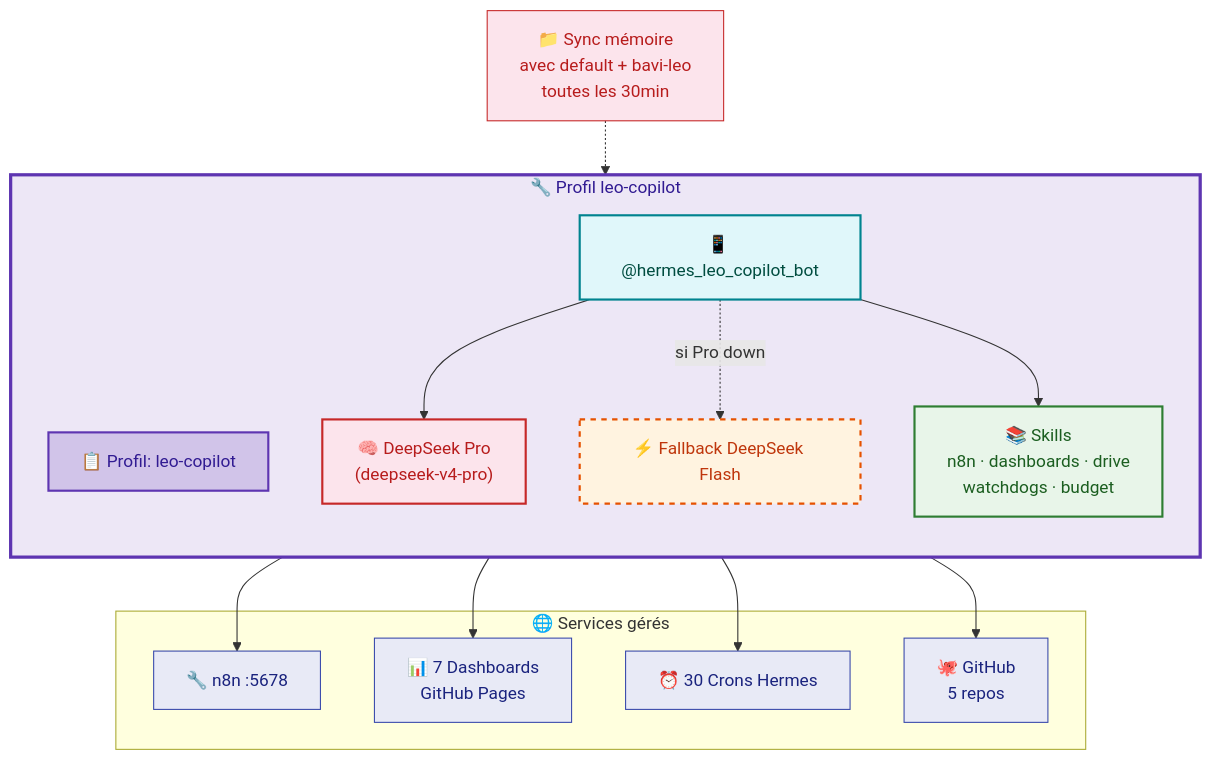
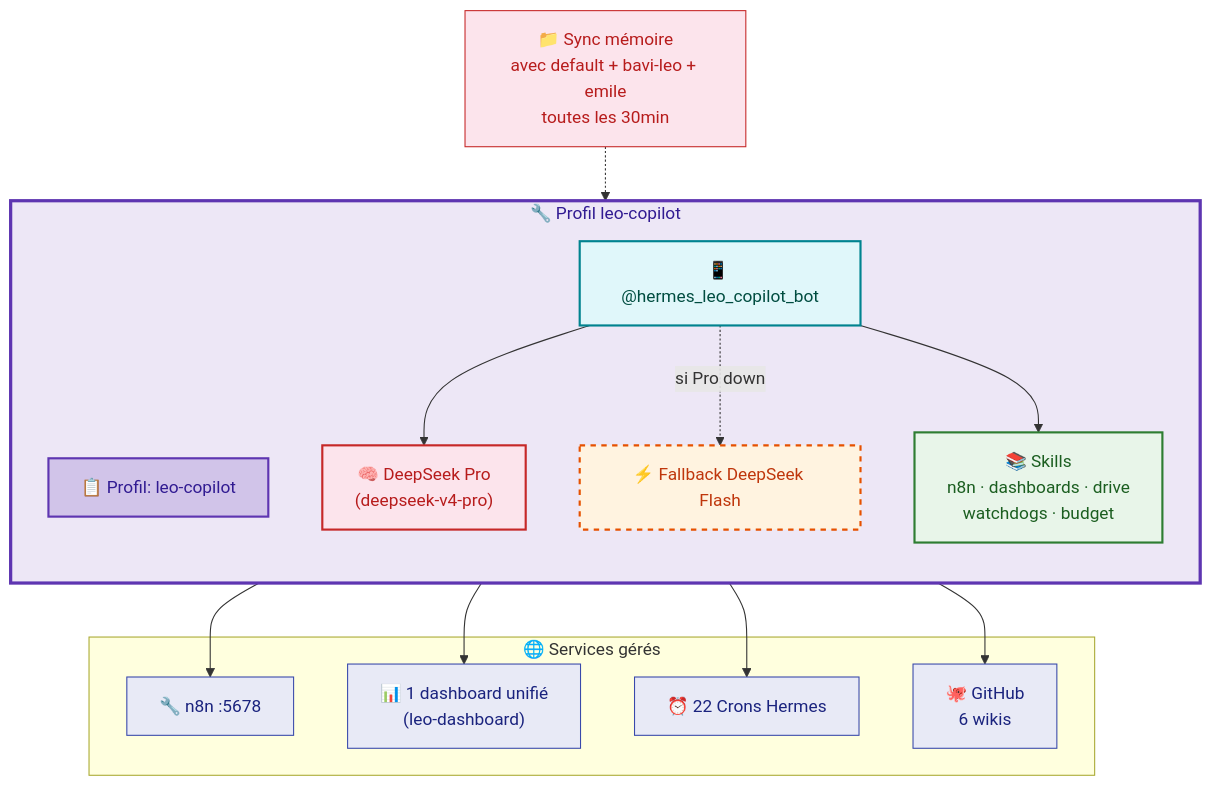
The third of 5 diagrams in docs/hermes/architecture-communication.md (christophedanhier-hash/hermes-wiki), drawn with Mermaid before and after one commit. The commit also changed other lines of this file and 3 other files, not shown here.

Commit message:
fix: audit complet wiki — 25 incohérences corrigées (architecture, bots, etat-lieux, dashboards, doc-map)

````diff
--- a/docs/hermes/architecture-communication.md
+++ b/docs/hermes/architecture-communication.md
@@ -109,42 +122,42 @@
 ```mermaid
 flowchart TB
     subgraph COPILOT["🔧 Profil leo-copilot"]
         direction TB
         P1["📋 Profil: leo-copilot"]
         B1["📱 @hermes_leo_copilot_bot"]
         M1["🧠 DeepSeek Pro<br/>(deepseek-v4-pro)"]
         F1["⚡ Fallback DeepSeek Flash"]
         SKILLS["📚 Skills<br/>n8n · dashboards · drive<br/>watchdogs · budget"]
     end
 
     subgraph EXTERNE["🌐 Services gérés"]
         N8N["🔧 n8n :5678"]
-        DASH["📊 7 Dashboards<br/>GitHub Pages"]
-        CRONS["⏰ 30 Crons Hermes"]
-        GH["🐙 GitHub<br/>5 repos"]
+        DASH["📊 1 dashboard unifié<br/>(leo-dashboard)"]
+        CRONS["⏰ 22 Crons Hermes"]
+        GH["🐙 GitHub<br/>6 wikis"]
     end
 
-    MEM["📁 Sync mémoire<br/>avec default + bavi-leo<br/>toutes les 30min"]
+    MEM["📁 Sync mémoire<br/>avec default + bavi-leo + emile<br/>toutes les 30min"]
 
     B1 --> M1
     B1 -.->|"si Pro down"| F1
     B1 --> SKILLS
     MEM -.-> P1
 
     SKILLS --> N8N
     SKILLS --> DASH
     SKILLS --> CRONS
     SKILLS --> GH
 
     style COPILOT fill:#ede7f6,stroke:#5e35b1,stroke-width:3px,color:#311b92
     style P1 fill:#d1c4e9,stroke:#5e35b1,stroke-width:2px,color:#311b92
     style B1 fill:#e0f7fa,stroke:#00838f,stroke-width:2px,color:#004d40
     style M1 fill:#fce4ec,stroke:#c62828,stroke-width:2px,color:#b71c1c
     style F1 fill:#fff3e0,stroke:#e65100,stroke-width:2px,stroke-dasharray:5,color:#bf360c
     style SKILLS fill:#e8f5e9,stroke:#2e7d32,stroke-width:2px,color:#1b5e20
     style MEM fill:#fce4ec,stroke:#c62828,color:#b71c1c
     style N8N fill:#e8eaf6,stroke:#3949ab,color:#1a237e
     style DASH fill:#e8eaf6,stroke:#3949ab,color:#1a237e
     style CRONS fill:#e8eaf6,stroke:#3949ab,color:#1a237e
     style GH fill:#e8eaf6,stroke:#3949ab,color:#1a237e
 ```
````
